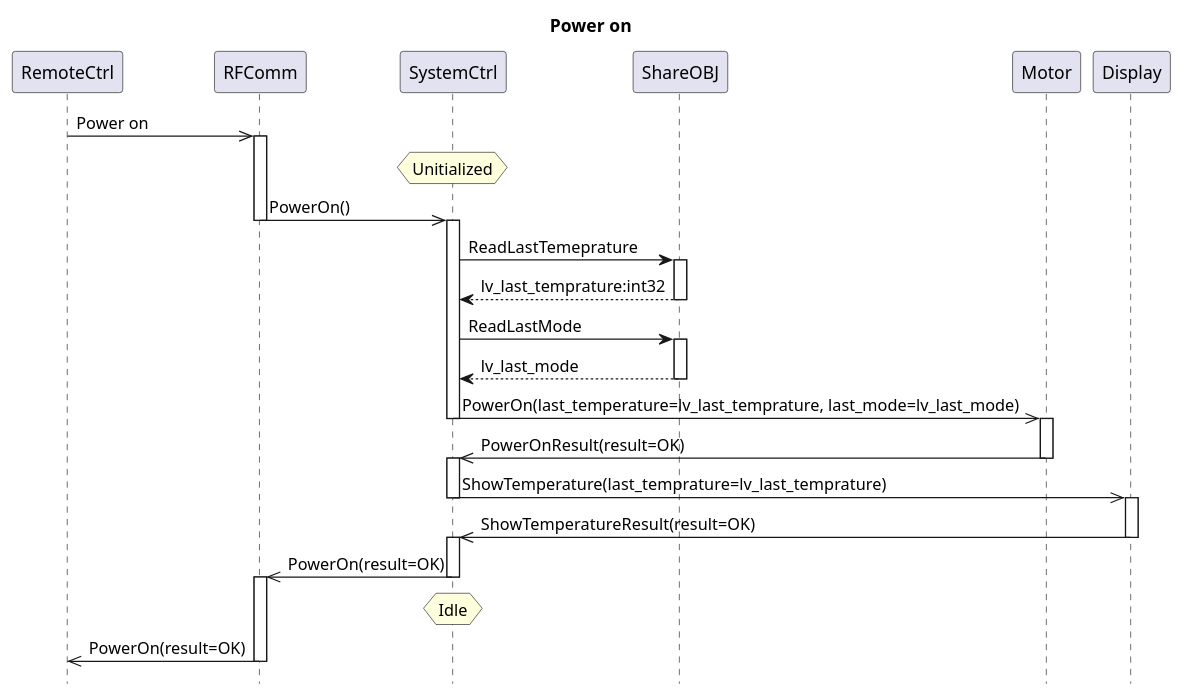
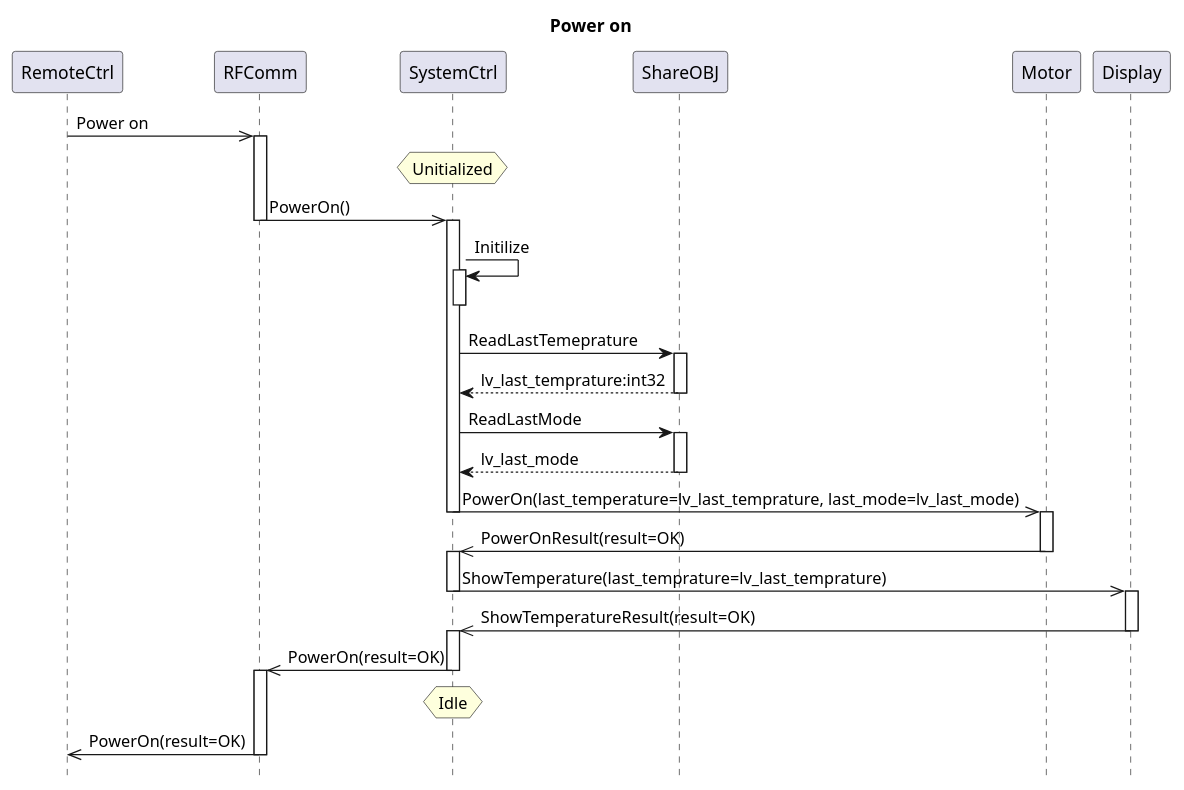
One commit to EvenTang/lywMDDToolChain changed the diagram in SourceCodeGeneration/InputForSTMSourceGen/ArchDesign/PowerOn.wsd. Above: the diagram before and after it, drawn with PlantUML. The commit also changed 11 other files, not shown here.

```diff
--- a/SourceCodeGeneration/InputForSTMSourceGen/ArchDesign/PowerOn.wsd
+++ b/SourceCodeGeneration/InputForSTMSourceGen/ArchDesign/PowerOn.wsd
@@ -1,41 +1,44 @@
 @startuml power_on
 title Power on
 
 hide footbox
 
 
 RemoteCtrl->>RFComm : Power on
 activate RFComm
 hnote over SystemCtrl: Unitialized
 RFComm->>SystemCtrl:PowerOn()
 deactivate RFComm
 activate SystemCtrl
+SystemCtrl->SystemCtrl:Initilize
+activate SystemCtrl
+deactivate SystemCtrl
 SystemCtrl->ShareOBJ:ReadLastTemeprature
 activate ShareOBJ
 ShareOBJ-->SystemCtrl:lv_last_temprature:int32
 deactivate ShareOBJ
 SystemCtrl->ShareOBJ:ReadLastMode
 activate ShareOBJ
 ShareOBJ-->SystemCtrl:lv_last_mode
 deactivate ShareOBJ
 SystemCtrl->>Motor:PowerOn(last_temperature=lv_last_temprature, last_mode=lv_last_mode)
 deactivate SystemCtrl
 activate Motor
 Motor->>SystemCtrl: PowerOnResult(result=OK)
 deactivate Motor
 activate SystemCtrl
 SystemCtrl->>Display:ShowTemperature(last_temprature=lv_last_temprature)
 deactivate SystemCtrl
 activate Display
 Display->>SystemCtrl:ShowTemperatureResult(result=OK)
 deactivate Display
 activate SystemCtrl
 
 SystemCtrl->>RFComm:PowerOn(result=OK)
 deactivate SystemCtrl
 hnote over SystemCtrl: Idle
 activate RFComm
 RFComm->>RemoteCtrl:PowerOn(result=OK)
 deactivate RFComm
 
 @enduml
```
